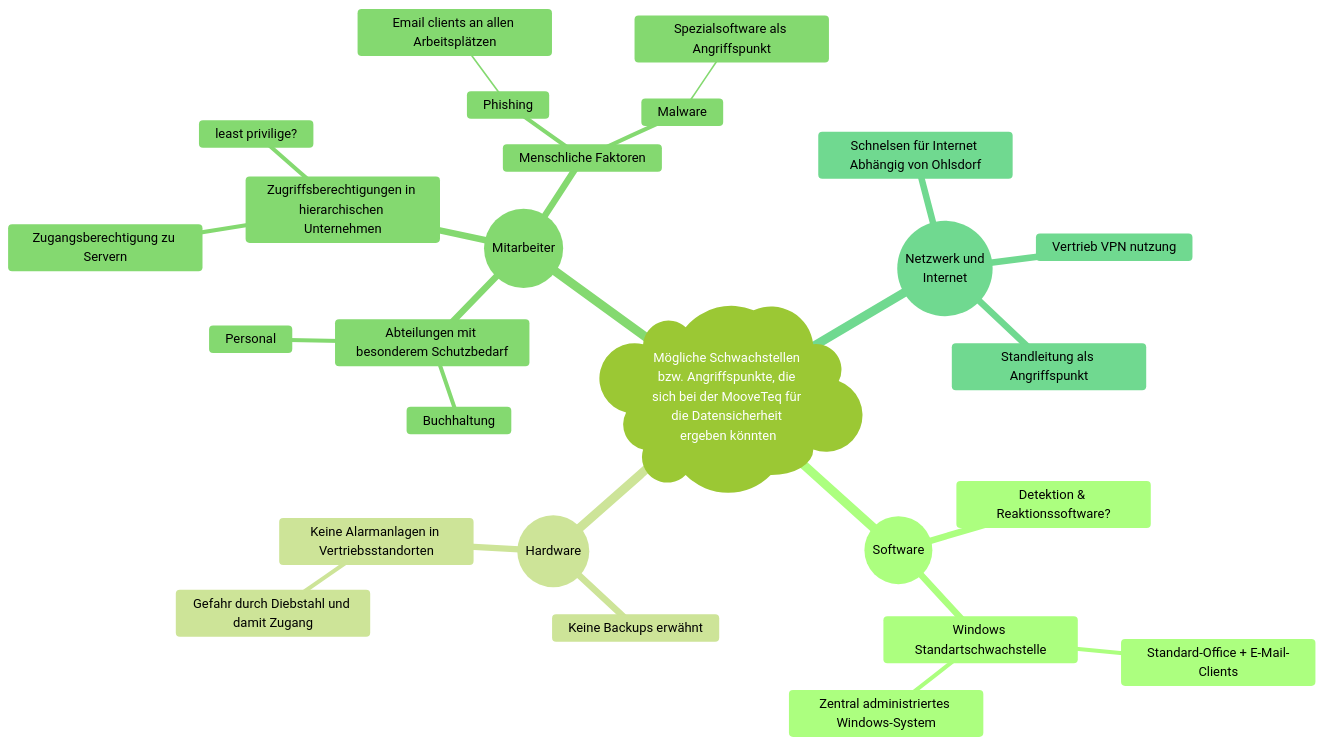
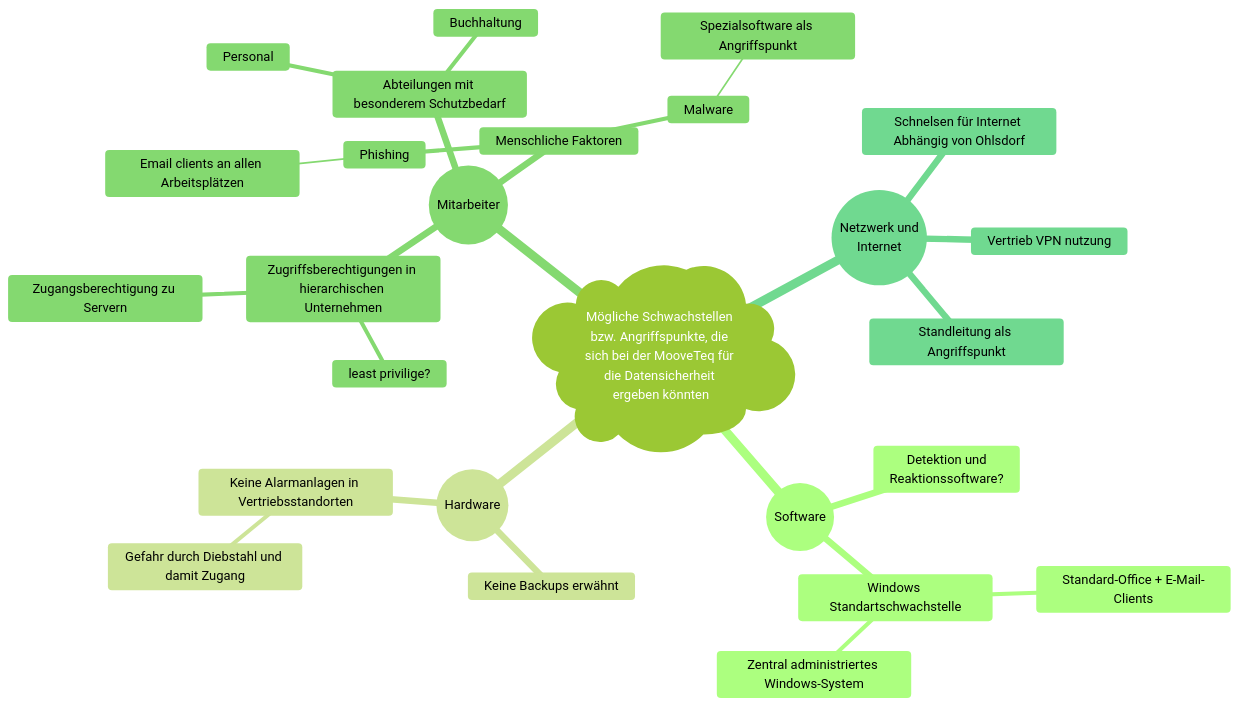
The diagram in School/Lernfeld 4/todone/3. Teilhandlung Brainstorming zur Problemanalyse durchführen.md (Duskgame/obsidian_notes), drawn with Mermaid (forest theme) before and after one commit.

Commit message:
vault backup: 2026-04-06 17:52:28

````diff
--- a/School/Lernfeld 4/todone/3. Teilhandlung Brainstorming zur Problemanalyse durchführen.md
+++ b/School/Lernfeld 4/todone/3. Teilhandlung Brainstorming zur Problemanalyse durchführen.md
@@ -43,29 +43,29 @@
 ```mermaid
 mindmap
 	)Mögliche Schwachstellen bzw. Angriffspunkte, die sich bei der MooveTeq für die Datensicherheit ergeben könnten(
 		((Software))
-			Detektion & Reaktionssoftware?
+			Detektion und <br> Reaktionssoftware?
 			Windows Standartschwachstelle
 				Standard-Office + E-Mail-Clients
 				Zentral administriertes Windows-System
 		((Hardware))
 			Keine Backups erwähnt
 			Keine Alarmanlagen in Vertriebsstandorten
 				Gefahr durch Diebstahl und damit Zugang
 		((Mitarbeiter))
 			Abteilungen mit besonderem Schutzbedarf
 				Buchhaltung
 				Personal
 			Zugriffsberechtigungen in hierarchischen Unternehmen
 				Zugangsberechtigung zu Servern
 				least privilige?
 			Menschliche Faktoren
 				Phishing
 					Email clients an allen Arbeitsplätzen
 				Malware
 					Spezialsoftware als Angriffspunkt
 		((Netzwerk und <br> Internet))
 			Schnelsen für Internet Abhängig von Ohlsdorf
 			Standleitung als Angriffspunkt
 			Vertrieb VPN nutzung
 ```
````
